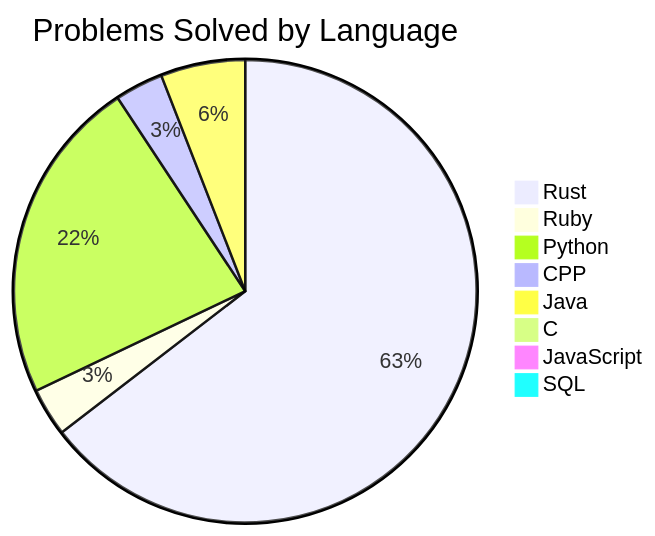
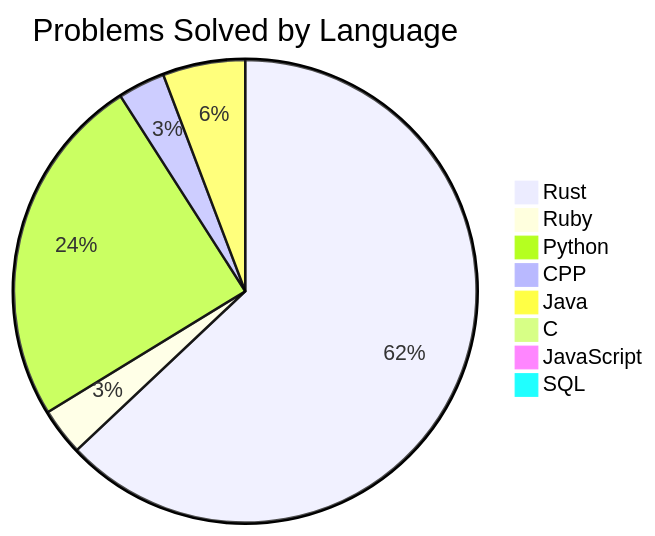
The second of 2 diagrams in README.md (Liam-Wirth/leetcode-solutions), drawn with Mermaid before and after one commit. The commit also changed other lines of this file and 9 other files, not shown here.

````diff
--- a/README.md
+++ b/README.md
@@ -47,11 +47,11 @@
 ```mermaid
 pie title Problems Solved by Language
     "Rust": 153
     "Ruby": 8
-    "Python": 54
+    "Python": 60
     "CPP": 8
     "Java": 14
     "C": 1
     "JavaScript": 2
     "SQL": 2
 ```
````
